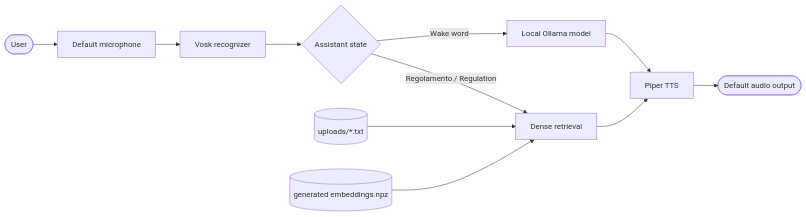
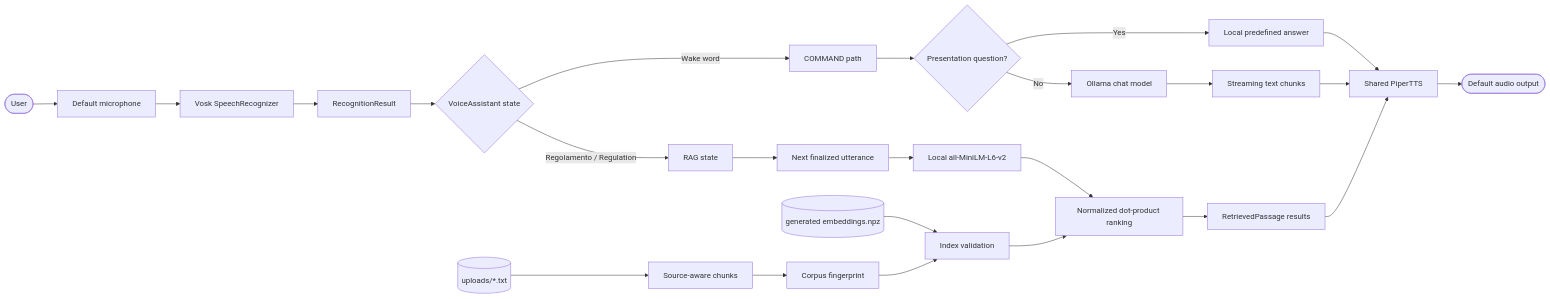
One commit to UbiquitousDynamics/helios-ai-jetson-framework changed the first of 5 diagrams in README.md. Above: the diagram before and after it, drawn with Mermaid. The commit also changed other lines of this file and 1 other file, not shown here.

````diff
--- a/README.md
+++ b/README.md
@@ -18,13 +102,29 @@
 ```mermaid
 flowchart LR
     User([User]) --> Mic[Default microphone]
-    Mic --> Vosk[Vosk recognizer]
-    Vosk --> Router{Assistant state}
-    Router -->|Wake word| Ollama[Local Ollama model]
-    Router -->|Regolamento / Regulation| RAG[Dense retrieval]
-    Corpus[(uploads/*.txt)] --> RAG
-    Index[(generated embeddings.npz)] --> RAG
-    Ollama --> Piper[Piper TTS]
-    RAG --> Piper
+    Mic --> Vosk[Vosk SpeechRecognizer]
+    Vosk --> Event[RecognitionResult]
+    Event --> Router{VoiceAssistant state}
+
+    Router -->|Wake word| Command[COMMAND path]
+    Command --> Intro{Presentation question?}
+    Intro -->|Yes| Preset[Local predefined answer]
+    Intro -->|No| Ollama[Ollama chat model]
+    Ollama --> Stream[Streaming text chunks]
+
+    Router -->|Regolamento / Regulation| RagState[RAG state]
+    RagState --> Query[Next finalized utterance]
+    Query --> Encoder[Local all-MiniLM-L6-v2]
+    Knowledge[(uploads/*.txt)] --> Chunks[Source-aware chunks]
+    Chunks --> Manifest[Corpus fingerprint]
+    Index[(generated embeddings.npz)] --> Validation[Index validation]
+    Manifest --> Validation
+    Encoder --> Search[Normalized dot-product ranking]
+    Validation --> Search
+    Search --> Passages[RetrievedPassage results]
+
+    Preset --> Piper[Shared PiperTTS]
+    Stream --> Piper
+    Passages --> Piper
     Piper --> Speaker([Default audio output])
 ```
````
